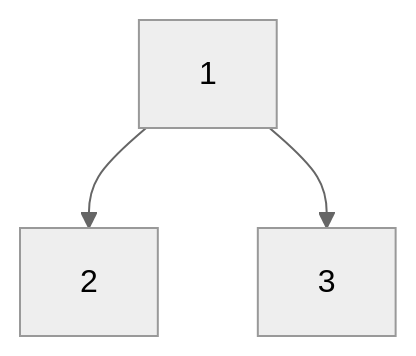
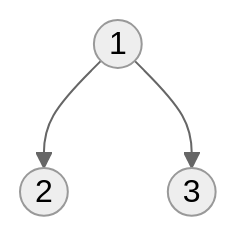
One commit to bhargabdhungel/CodingRounds changed the first of 2 diagrams in DE Shaw/Intern (2023)/max_sum_special_move.md. Above: the diagram before and after it, drawn with Mermaid (neutral theme). The commit also changed other lines of this file, not shown here.

````diff
--- a/DE Shaw/Intern (2023)/max_sum_special_move.md
+++ b/DE Shaw/Intern (2023)/max_sum_special_move.md
@@ -13,5 +13,5 @@
 ```mermaid
 graph TD;
-    1 --> 2
-    1 --> 3
+    1((1)) --> 2((2))
+    1 --> 3((3))
 ```
````
